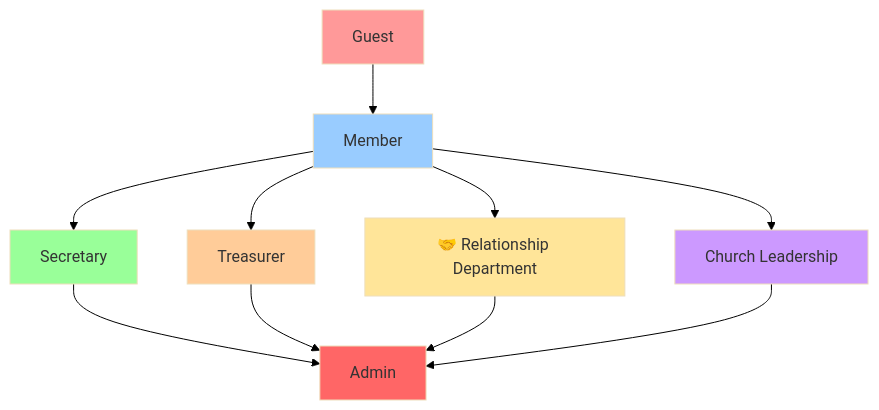
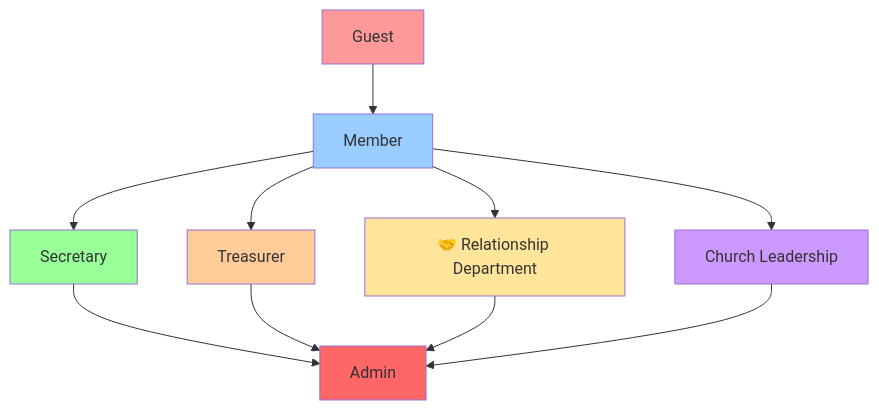
One commit to dawityifter/abune-aregawi changed the fourth of 4 diagrams in README.md. Above: the diagram before and after it, drawn with Mermaid.

Commit message:
Update README.md
Cleared theme from Mermaid diagram for role

````diff
--- a/README.md
+++ b/README.md
@@ -271,21 +271,20 @@
 ```mermaid
-%%{init: {"theme": "base", "themeVariables": { "background": "#ffffff" }}}%%
 graph TD
     A[Guest] --> B[Member]
     B --> C[Secretary]
     B --> D[Treasurer]
     B --> E[🤝 Relationship Department]
     B --> F[Church Leadership]
     C --> G[Admin]
     D --> G
     E --> G
     F --> G
     
     style A fill:#ff9999
     style B fill:#99ccff
     style C fill:#99ff99
     style D fill:#ffcc99
     style E fill:#ffe599
     style F fill:#cc99ff
     style G fill:#ff6666
 ```
````
